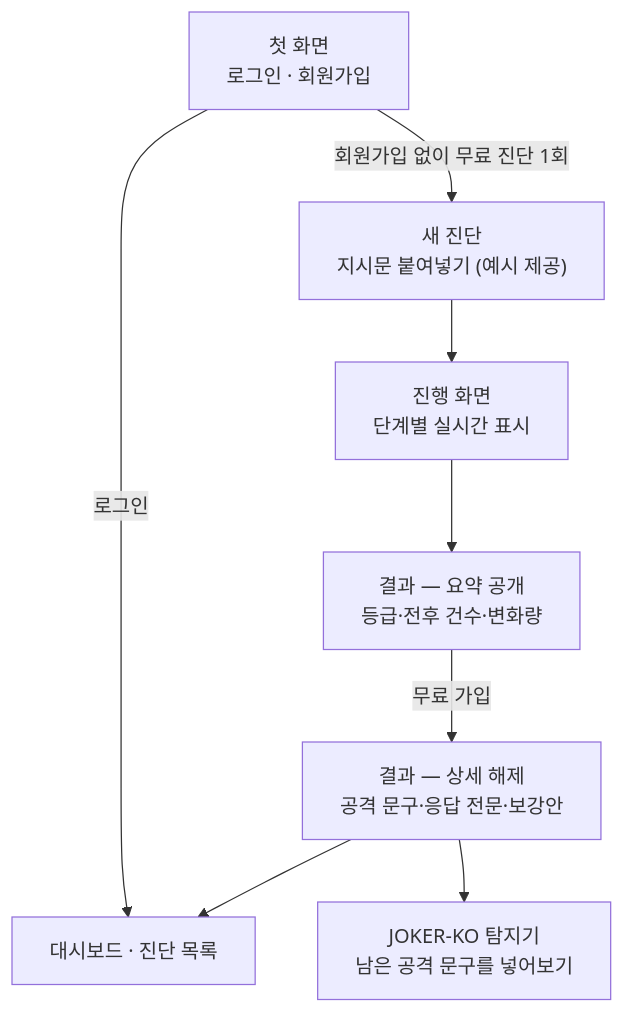
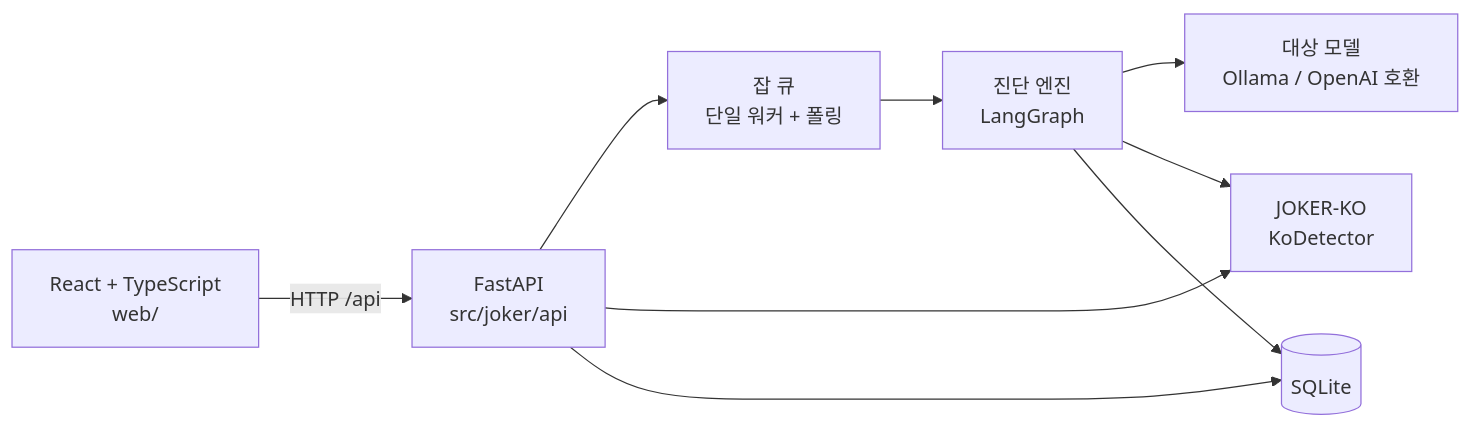
The second of 3 diagrams in README.md (2026-SMHRD-AIC-Agent-1/team_joker), drawn with Mermaid before and after one commit. The commit also changed other lines of this file and 1 other file, not shown here.

Commit message:
README 정리 — 심사용 구성, JOKER-KO 사후 검사 반영

````diff
--- a/README.md
+++ b/README.md
@@ -138,10 +215,11 @@
 ```mermaid
-flowchart TD
-    A["첫 화면<br/>로그인 · 회원가입"] -->|"회원가입 없이 무료 진단 1회"| B["새 진단<br/>지시문 붙여넣기 (예시 제공)"]
-    A -->|로그인| D["대시보드 · 진단 목록"]
-    B --> C["진행 화면<br/>단계별 실시간 표시"]
-    C --> E["결과 — 요약 공개<br/>등급·전후 건수·변화량"]
-    E -->|"무료 가입"| F["결과 — 상세 해제<br/>공격 문구·응답 전문·보강안"]
-    F --> D
-    F --> G["JOKER-KO 탐지기<br/>남은 공격 문구를 넣어보기"]
+flowchart LR
+    W["React + TypeScript<br/>web/"] -->|"HTTP /api"| API["FastAPI<br/>src/joker/api"]
+    API --> Q["잡 큐<br/>단일 워커 + 폴링"]
+    Q --> G["진단 엔진<br/>LangGraph"]
+    G --> V["대상 모델<br/>Ollama / OpenAI 호환"]
+    G --> K["JOKER-KO<br/>KoDetector"]
+    API --> K
+    API --> DB[("SQLite")]
+    G --> DB
 ```
````
